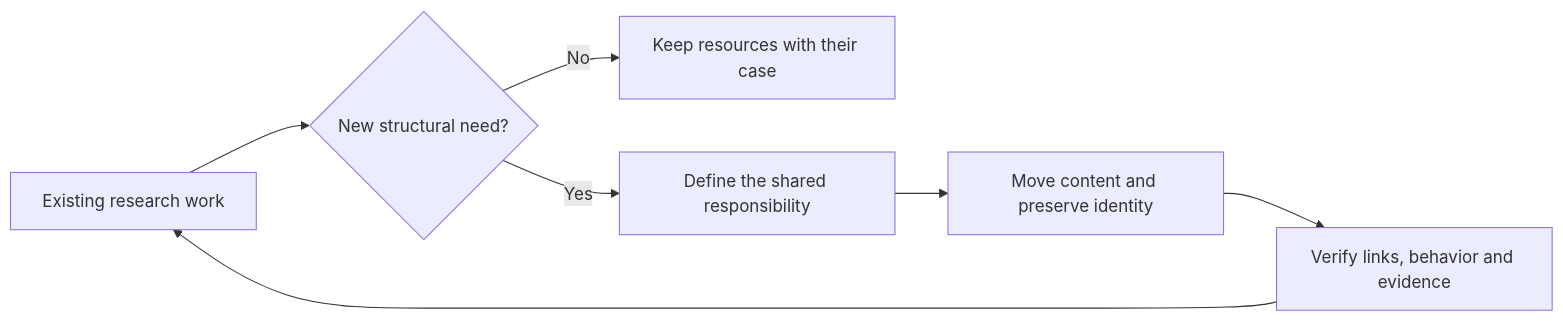
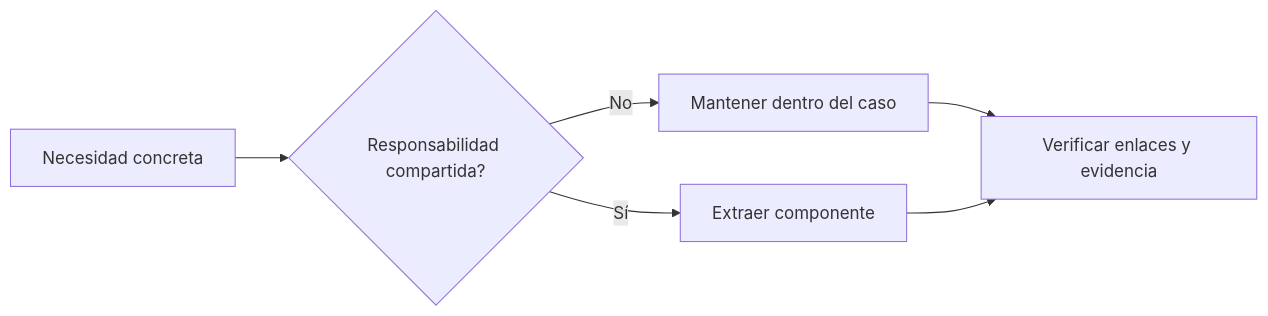
The diagram in docs/project-evolution.md (jairzinhosantos/thinking-harness), drawn with Mermaid before and after one commit. The commit also changed other lines of this file and 56 other files, not shown here.

````diff
--- a/docs/project-evolution.md
+++ b/docs/project-evolution.md
@@ -69,9 +44,8 @@
 ```mermaid
 flowchart LR
-    W[Existing research work] --> N{New structural need?}
-    N -->|No| L[Keep resources with their case]
-    N -->|Yes| E[Define the shared responsibility]
-    E --> M[Move content and preserve identity]
-    M --> V[Verify links, behavior and evidence]
-    V --> W
+    A[Necesidad concreta] --> B{Responsabilidad compartida?}
+    B -->|No| C[Mantener dentro del caso]
+    B -->|Sí| D[Extraer componente]
+    C --> E[Verificar enlaces y evidencia]
+    D --> E
 ```
````
